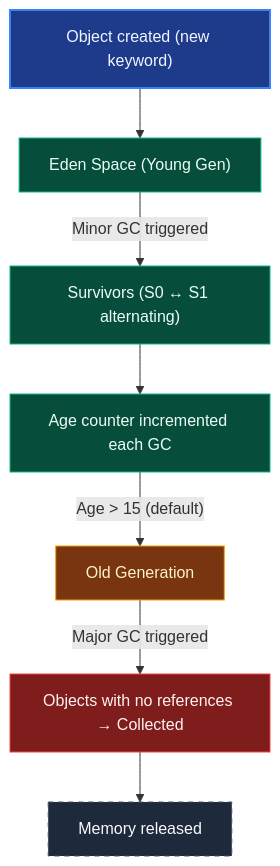
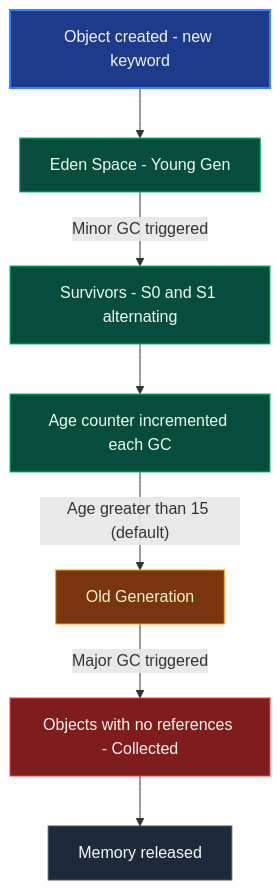
The fourth of 19 diagrams in Java_jdbc_hibernate_SpringBoot/analysis/Java_Analysis.md (SaiTeja301/My_Interview_Preparation), drawn with Mermaid before and after one commit. The commit also changed other lines of this file, not shown here.

Commit message:
docs(java): audit core chapters and optimize 19 Mermaid diagrams for light/dark theme contrast

````diff
--- a/Java_jdbc_hibernate_SpringBoot/analysis/Java_Analysis.md
+++ b/Java_jdbc_hibernate_SpringBoot/analysis/Java_Analysis.md
@@ -184,22 +188,21 @@
 ```mermaid
-graph TD
-    A["Object created (new keyword)"] --> B["Eden Space (Young Gen)"]
-    B -->|"Minor GC triggered"| C["Survivors (S0 ↔ S1 alternating)"]
+flowchart TD
+    A["Object created - new keyword"] --> B["Eden Space - Young Gen"]
+    B -->|"Minor GC triggered"| C["Survivors - S0 and S1 alternating"]
     C --> D["Age counter incremented each GC"]
-    D -->|"Age > 15 (default)"| E["Old Generation"]
-    E -->|"Major GC triggered"| F["Objects with no references → Collected"]
+    D -->|"Age greater than 15 (default)"| E["Old Generation"]
+    E -->|"Major GC triggered"| F["Objects with no references - Collected"]
     F --> G["Memory released"]
 
-    classDef default fill:#1E293B,stroke:#475569,color:#F8FAFC,stroke-width:1px;
     classDef startNode fill:#1E3A8A,stroke:#3B82F6,color:#EFF6FF,stroke-width:2px;
     classDef ygNode fill:#064E3B,stroke:#10B981,color:#ECFDF5,stroke-width:1px;
     classDef ogNode fill:#78350F,stroke:#F59E0B,color:#FEF3C7,stroke-width:1px;
     classDef gcNode fill:#7F1D1D,stroke:#EF4444,color:#FEF2F2,stroke-width:1px;
-    classDef endNode fill:#1E293B,stroke:#475569,color:#F8FAFC,stroke-dasharray: 5 5;
+    classDef endNode fill:#1E293B,stroke:#475569,color:#F8FAFC,stroke-width:1px;
 
     class A startNode;
     class B,C,D ygNode;
     class E ogNode;
     class F gcNode;
     class G endNode;
 ```
````
